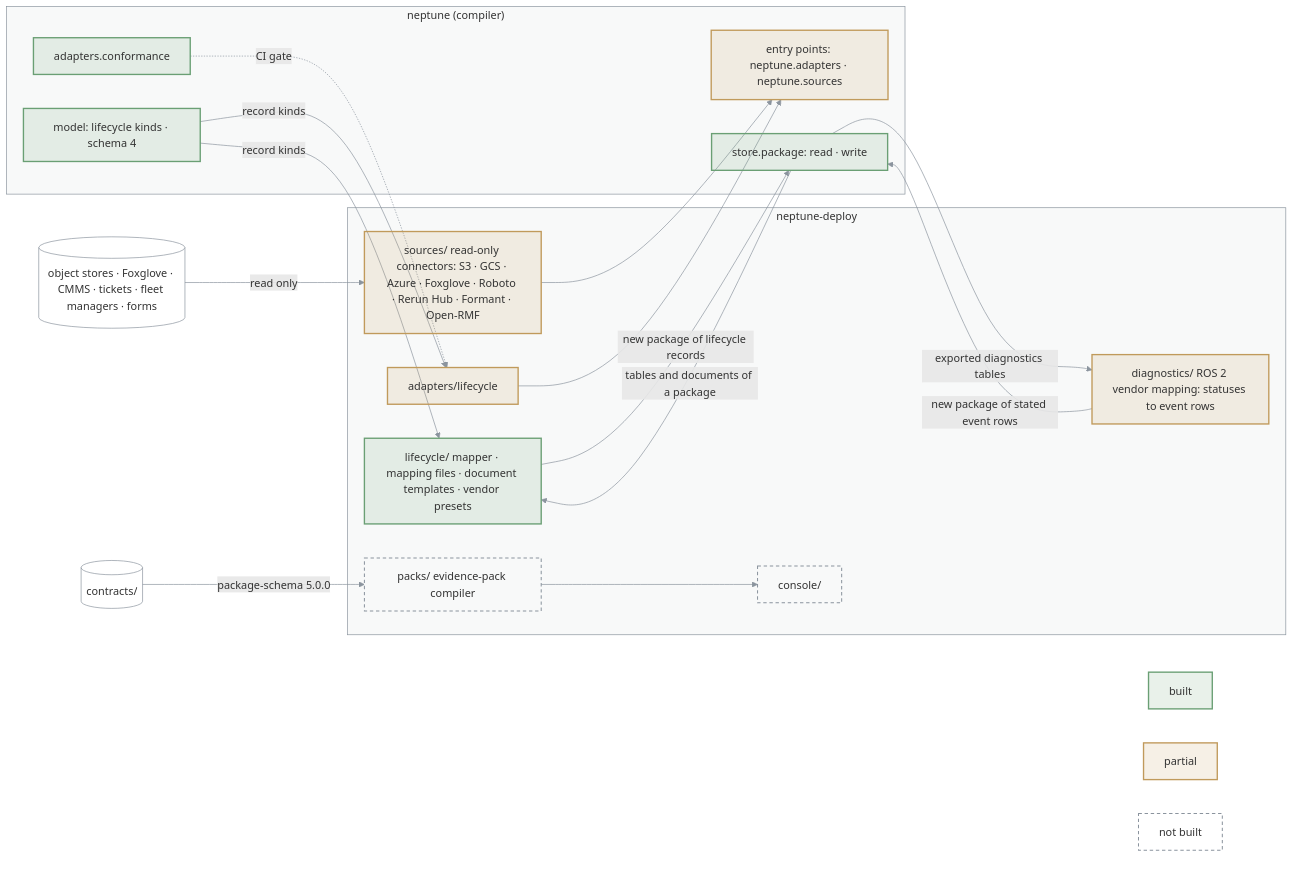
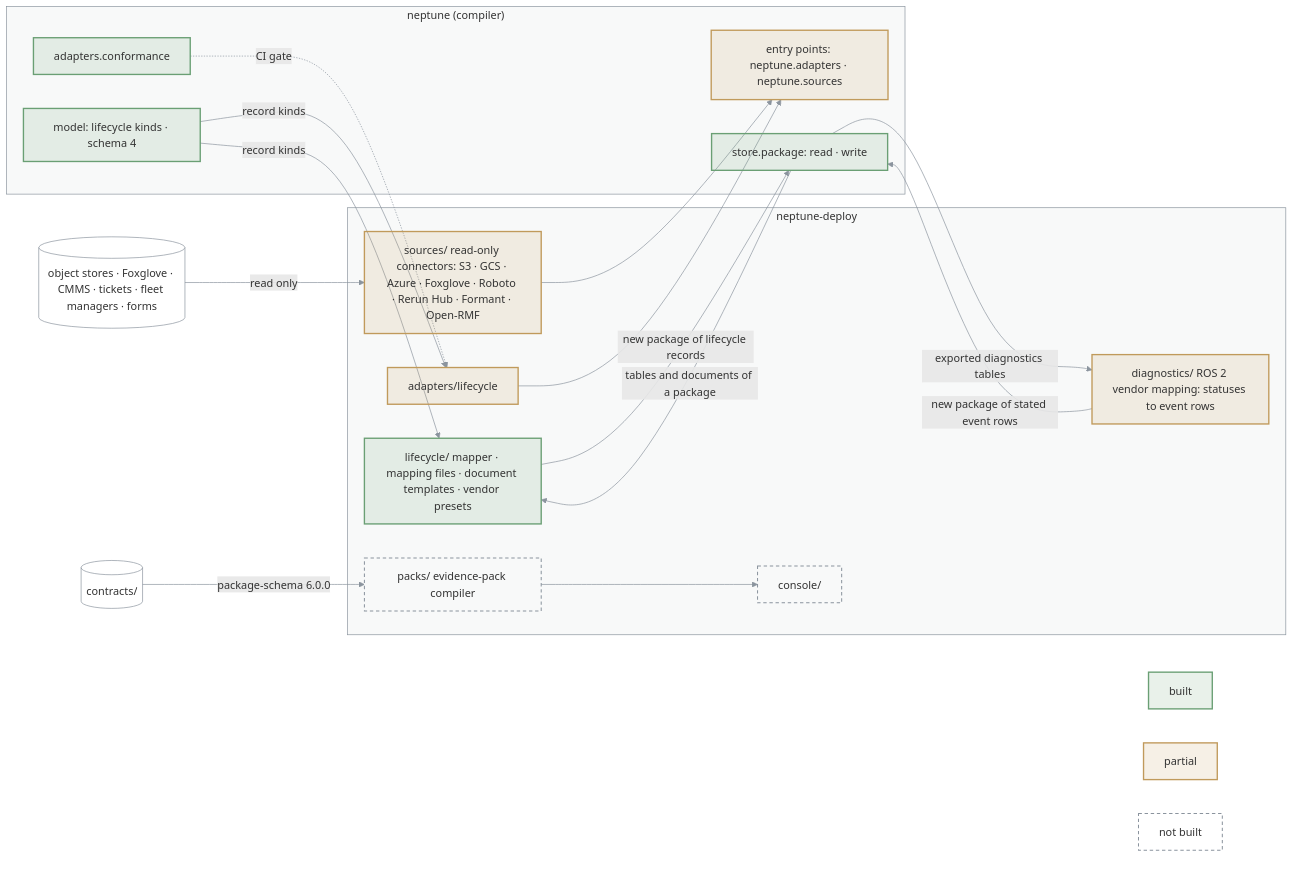
Before and after one commit to bennytay/neptune: the diagram in packages/neptune-deploy/ARCHITECTURE.md, drawn with Mermaid. The commit also changed 159 other files, not shown here.

````diff
--- a/packages/neptune-deploy/ARCHITECTURE.md
+++ b/packages/neptune-deploy/ARCHITECTURE.md
@@ -3,52 +3,52 @@
 ```mermaid
 flowchart LR
   EXT[("object stores · Foxglove · CMMS · tickets · fleet managers · forms")]
   subgraph P["neptune-deploy"]
     SRC["sources/ read-only connectors: S3 · GCS · Azure · Foxglove · Roboto · Rerun Hub · Formant · Open-RMF"]
     LIF["adapters/lifecycle"]
     MAP["lifecycle/ mapper · mapping files · document templates · vendor presets"]
     DIAG["diagnostics/ ROS 2 vendor mapping: statuses to event rows"]
     PACKS["packs/ evidence-pack compiler"]
     CONSOLE["console/"]
   end
   subgraph C["neptune (compiler)"]
     EP["entry points: neptune.adapters · neptune.sources"]
     CONF["adapters.conformance"]
     MODEL["model: lifecycle kinds · schema 4"]
     STORE["store.package: read · write"]
   end
   CON[("contracts/")]
 
   EXT -->|read only| SRC
   SRC --> EP
   LIF --> EP
   CONF -.->|CI gate| LIF
   MODEL -->|record kinds| LIF
   STORE -->|tables and documents of a package| MAP
   MAP -->|new package of lifecycle records| STORE
   MODEL -->|record kinds| MAP
   STORE -->|exported diagnostics tables| DIAG
   DIAG -->|new package of stated event rows| STORE
-  CON -->|package-schema 5.0.0| PACKS
+  CON -->|package-schema 6.0.0| PACKS
   PACKS --> CONSOLE
 
   subgraph KEY[" "]
     K1["built"]
     K2["partial"]
     K3["not built"]
   end
   CONSOLE ~~~ K1 & K2 & K3
 
   classDef built fill:#6a9f7426,stroke:#6a9f74,stroke-width:2px
   classDef partial fill:#c09a5b26,stroke:#c09a5b,stroke-width:2px
   classDef todo fill:none,stroke:#8b949e,stroke-width:1.5px,stroke-dasharray:5 4
   classDef ext fill:none,stroke:#8b949e,stroke-width:1px
   class K1,CONF,MODEL,STORE,MAP built
   class K2,LIF,EP,SRC,DIAG partial
   class PACKS,CONSOLE,K3 todo
   class CON,EXT ext
   style P fill:#8b949e0f,stroke:#8b949e
   style C fill:#8b949e0f,stroke:#8b949e
   style KEY fill:none,stroke:none
   linkStyle default stroke:#8b949e
 ```
````
